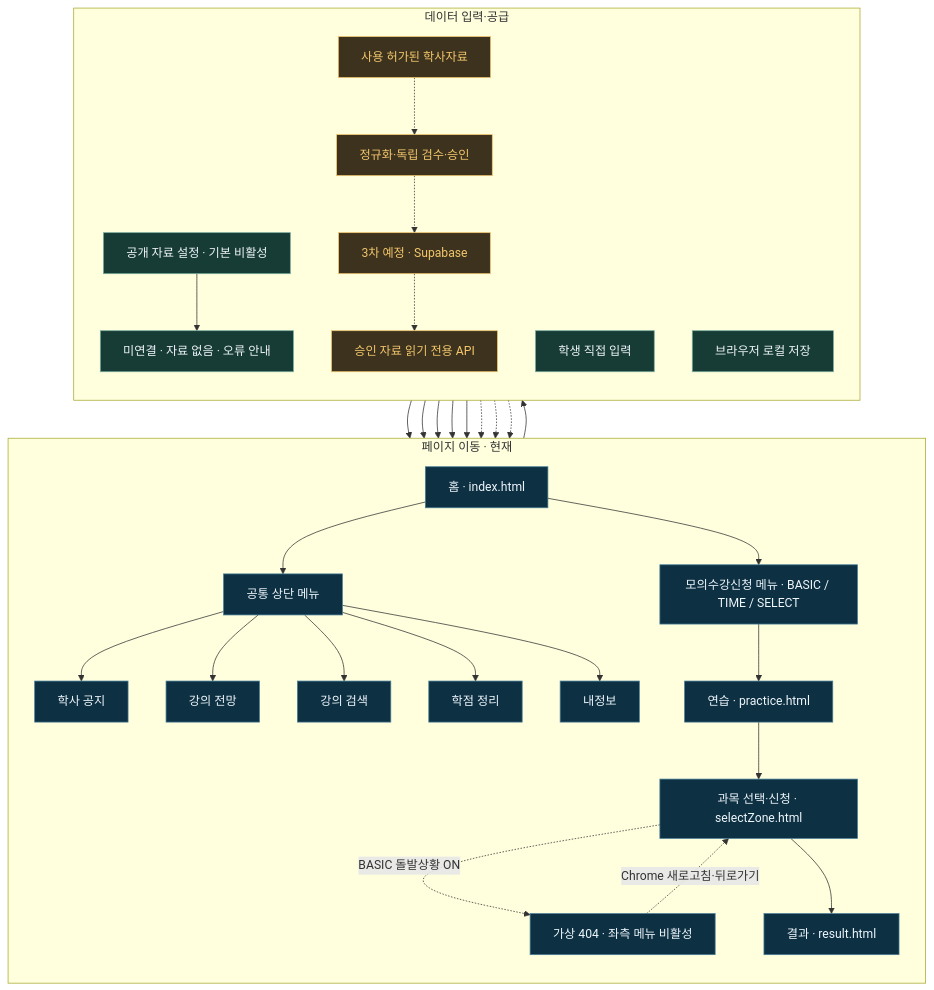
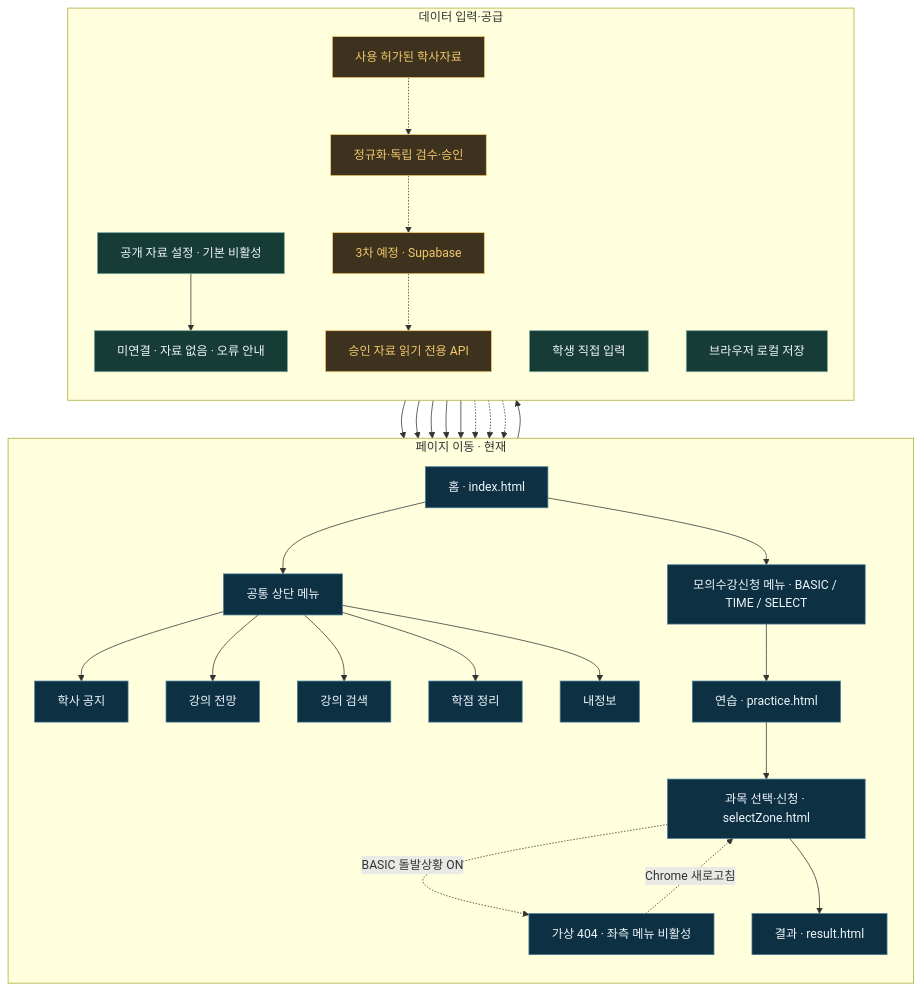
The diagram in README.md (chny0n/Hanmo), drawn with Mermaid before and after one commit. The commit also changed other lines of this file, not shown here.

Commit message:
docs(readme): clarify synthetic 404 recovery is refresh-only

````diff
--- a/README.md
+++ b/README.md
@@ -79,42 +79,42 @@
 ```mermaid
 flowchart TB
     subgraph P["페이지 이동 · 현재"]
         direction TB
         H["홈 · index.html"] --> NAV["공통 상단 메뉴"]
         NAV --> N["학사 공지"]
         NAV --> F["강의 전망"]
         NAV --> C["강의 검색"]
         NAV --> G["학점 정리"]
         NAV --> I["내정보"]
         H --> M["모의수강신청 메뉴 · BASIC / TIME / SELECT"]
         M --> PR["연습 · practice.html"]
         PR --> SZ["과목 선택·신청 · selectZone.html"]
         SZ -. "BASIC 돌발상황 ON" .-> ERR["가상 404 · 좌측 메뉴 비활성"]
-        ERR -. "Chrome 새로고침·뒤로가기" .-> SZ
+        ERR -. "Chrome 새로고침" .-> SZ
         SZ --> R["결과 · result.html"]
     end
 
     subgraph D["데이터 입력·공급"]
         direction TB
         J["공개 자료 설정 · 기본 비활성"] --> E["미연결 · 자료 없음 · 오류 안내"]
         E --> N
         E --> F
         E --> C
         U["학생 직접 입력"] --> I
         I --> LS["브라우저 로컬 저장"]
         U --> G
         S["사용 허가된 학사자료"] -.-> V["정규화·독립 검수·승인"]
         V -.-> DB["3차 예정 · Supabase"]
         DB -.-> API["승인 자료 읽기 전용 API"]
         API -.-> N
         API -.-> F
         API -.-> C
     end
 
     classDef page fill:#0d3042,stroke:#467c96,color:#eff6fc
     classDef data fill:#173b35,stroke:#78ad9e,color:#eff6fc
     classDef planned fill:#3c321e,stroke:#f4c76c,color:#f4c76c
     class H,NAV,N,F,C,G,I,M,PR,SZ,R,ERR page
     class J,E,U,LS data
     class S,V,DB,API planned
 ```
````
